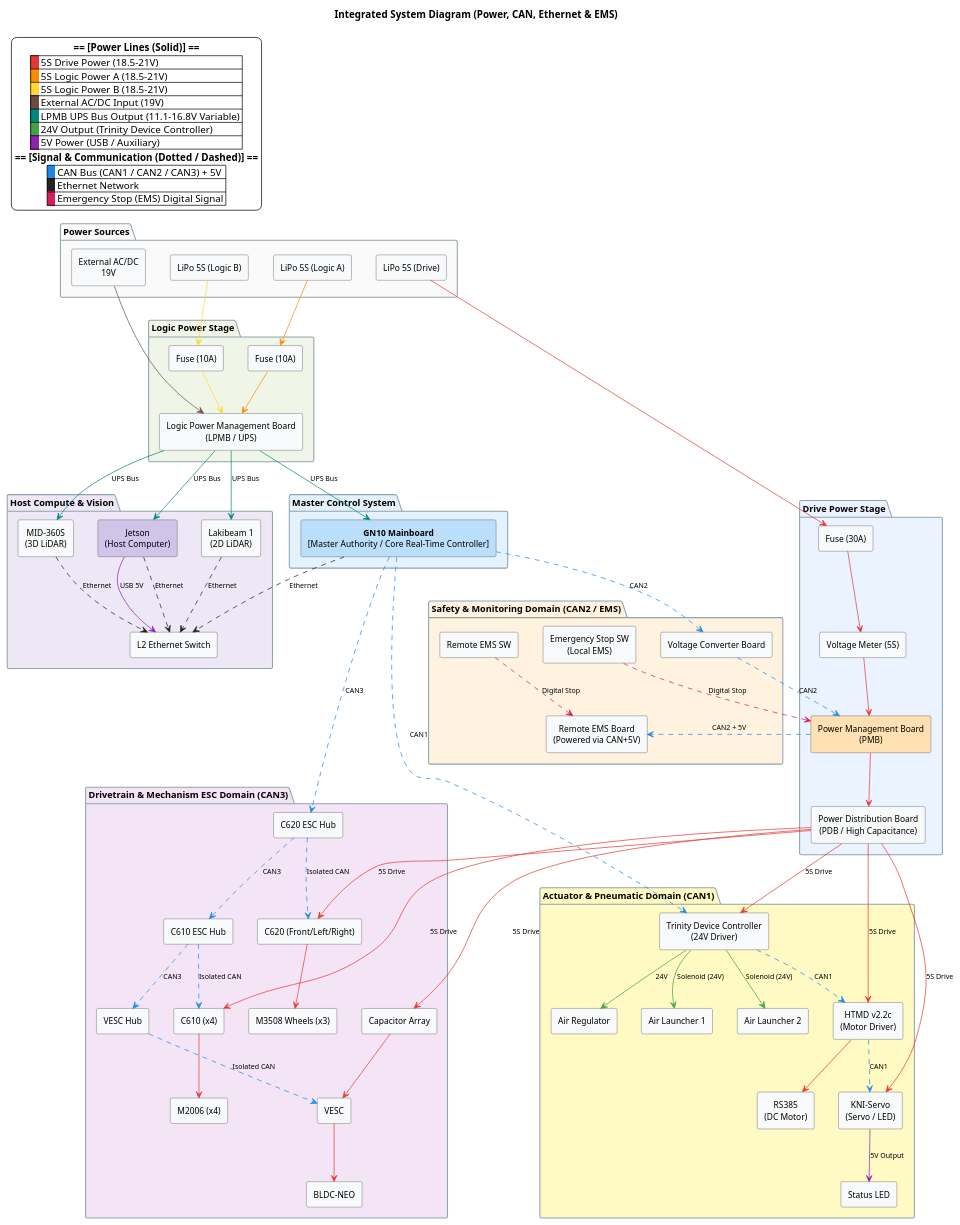
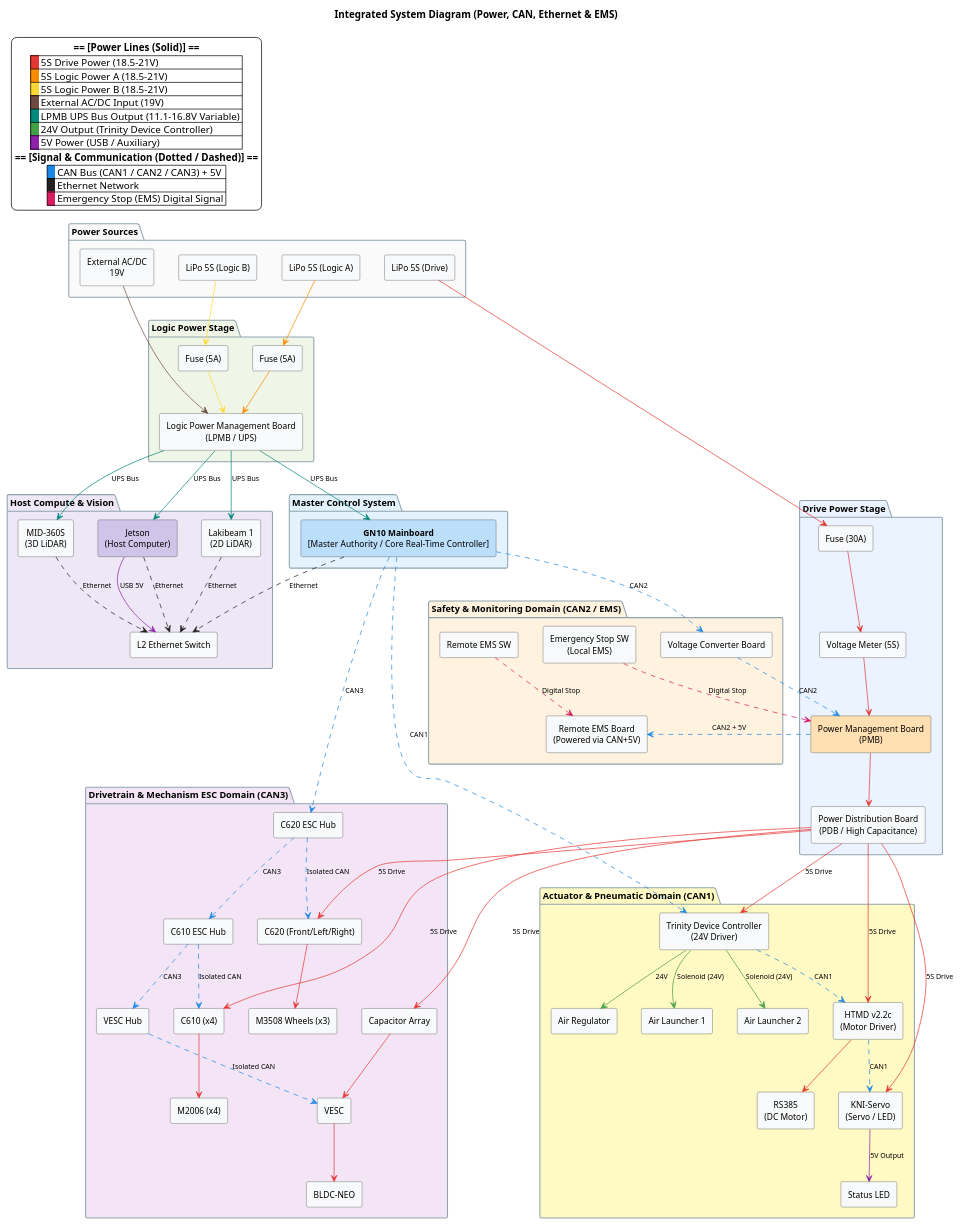
Before and after one commit to tmcit-ararobo-2026a/system-design: the diagram in wireing/wireing_diagram.pu, drawn with PlantUML. The commit also changed 1 other file, not shown here.

Commit message:
docs: update Fuse

```diff
--- a/wireing/wireing_diagram.pu
+++ b/wireing/wireing_diagram.pu
@@ -1,195 +1,195 @@
 @startuml wireing diagram
 
 title Integrated System Diagram (Power, CAN, Ethernet & EMS)
 
 skinparam componentStyle rectangle
 skinparam backgroundColor #FFFFFF
 skinparam defaultTextAlignment center
 skinparam shadowing false
 scale max 4960*3508
 
 skinparam component {
   BackgroundColor #F8F9FA
   BorderColor #444444
   FontSize 12
 }
 
 skinparam package {
   BackgroundColor #FAFAFA
   BorderColor #90A4AE
   FontSize 13
   FontStyle bold
 }
 
 skinparam ArrowFontSize 10
 
 legend top left
   <b>== [Power Lines (Solid)] ==</b>
   |<back:#E53935>   </back> 5S Drive Power (18.5–21V) |
   |<back:#FB8C00>   </back> 5S Logic Power A (18.5–21V) |
   |<back:#FDD835>   </back> 5S Logic Power B (18.5–21V) |
   |<back:#6D4C41>   </back> External AC/DC Input (19V) |
   |<back:#00897B>   </back> LPMB UPS Bus Output (11.1–16.8V Variable) |
   |<back:#43A047>   </back> 24V Output (Trinity Device Controller) |
   |<back:#8E24AA>   </back> 5V Power (USB / Auxiliary) |
   <b>== [Signal & Communication (Dotted / Dashed)] ==</b>
   |<back:#1E88E5>   </back> CAN Bus (CAN1 / CAN2 / CAN3) + 5V |
   |<back:#212121>   </back> Ethernet Network |
   |<back:#D81B60>   </back> Emergency Stop (EMS) Digital Signal |
 endlegend
 
 ' ==========================================
 ' 1. Master Controller Layer (Top Authority)
 ' ==========================================
 package "Master Control System" #E3F2FD {
   component "**GN10 Mainboard**\n[Master Authority / Core Real-Time Controller]" as Mainboard #BBDEFB
 }
 
 ' ==========================================
 ' 2. Power Generation & Distribution Layers
 ' ==========================================
 package "Power Sources" {
   component "LiPo 5S (Drive)" as Lipo5S
   component "LiPo 5S (Logic A)" as Lipo5S1
   component "LiPo 5S (Logic B)" as Lipo5S2
   component "External AC/DC\n19V" as External_DC
 }
 
 package "Drive Power Stage" #EAF3FF {
   component "Fuse (30A)" as Fuse30A
   component "Voltage Meter (5S)" as VMeter5S
   component "Power Management Board\n(PMB)" as PMB #FFE0B2
   component "Power Distribution Board\n(PDB / High Capacitance)" as PDB
 }
 
 package "Logic Power Stage" #F0F6E7 {
-  component "Fuse (10A)" as Fuse10A1
-  component "Fuse (10A)" as Fuse10A2
+  component "Fuse (5A)" as Fuse5A1
+  component "Fuse (5A)" as Fuse5A2
   component "Logic Power Management Board\n(LPMB / UPS)" as LPMB
 }
 
 ' Power Flow: Drive
 Lipo5S -[#E53935]-> Fuse30A
 Fuse30A -[#E53935]-> VMeter5S
 VMeter5S -[#E53935]-> PMB
 PMB -[#E53935]-> PDB
 
 ' Power Flow: Logic
-Lipo5S1 -[#FB8C00]-> Fuse10A1
-Fuse10A1 -[#FB8C00]-> LPMB
-Lipo5S2 -[#FDD835]-> Fuse10A2
-Fuse10A2 -[#FDD835]-> LPMB
+Lipo5S1 -[#FB8C00]-> Fuse5A1
+Fuse5A1 -[#FB8C00]-> LPMB
+Lipo5S2 -[#FDD835]-> Fuse5A2
+Fuse5A2 -[#FDD835]-> LPMB
 External_DC -[#6D4C41]-> LPMB
 
 ' ==========================================
 ' 3. High-Level Compute & Network
 ' ==========================================
 package "Host Compute & Vision" #EDE7F6 {
   component "Jetson\n(Host Computer)" as Jetson #D1C4E9
   component "L2 Ethernet Switch" as L2SW
   component "MID-360S\n(3D LiDAR)" as MID360S
   component "Lakibeam 1\n(2D LiDAR)" as Lakibeam1
 }
 
 ' Power Flow: LPMB to Compute & Sensors
 LPMB -[#00897B]-> Mainboard : UPS Bus
 LPMB -[#00897B]-> Jetson : UPS Bus
 LPMB -[#00897B]-> MID360S : UPS Bus
 LPMB -[#00897B]-> Lakibeam1 : UPS Bus
 Jetson -[#8E24AA]-> L2SW : USB 5V
 
 ' Ethernet Topology
 Mainboard .[#212121].> L2SW : Ethernet
 Jetson .[#212121].> L2SW : Ethernet
 MID360S .[#212121].> L2SW : Ethernet
 Lakibeam1 .[#212121].> L2SW : Ethernet
 
 ' ==========================================
 ' 4. Safety & Power Domain (CAN2 / EMS)
 ' ==========================================
 package "Safety & Monitoring Domain (CAN2 / EMS)" #FFF3E0 {
   component "Voltage Converter Board" as VConv
   component "Remote EMS Board\n(Powered via CAN+5V)" as RemoteEMSBoard
   component "Emergency Stop SW\n(Local EMS)" as EMS_SW
   component "Remote EMS SW" as RemoteEMS_SW
 }
 
 ' CAN2 Chain
 Mainboard .[#1E88E5].> VConv : CAN2
 VConv .[#1E88E5].> PMB : CAN2
 PMB .[#1E88E5].> RemoteEMSBoard : CAN2 + 5V
 
 ' EMS Safety Signals
 EMS_SW .[#D81B60].> PMB : Digital Stop
 RemoteEMS_SW .[#D81B60].> RemoteEMSBoard : Digital Stop
 
 ' ==========================================
 ' 5. Actuator, IO & Pneumatics (CAN1)
 ' ==========================================
 package "Actuator & Pneumatic Domain (CAN1)" #FFF9C4 {
   component "Trinity Device Controller\n(24V Driver)" as Trinity24V
   component "HTMD v2.2c\n(Motor Driver)" as HTMD
   component "RS385\n(DC Motor)" as RS385
   component "KNI-Servo\n(Servo / LED)" as KNI_Servo
   component "Status LED" as LED
   component "Air Regulator" as AirReg
   component "Air Launcher 1" as Air_Desk1
   component "Air Launcher 2" as Air_Desk2
 }
 
 ' Power Feeds from PDB
 PDB -[#E53935]-> Trinity24V : 5S Drive
 PDB -[#E53935]-> HTMD : 5S Drive
 PDB -[#E53935]-> KNI_Servo : 5S Drive
 
 ' Actuator Power Lines
 HTMD -[#E53935]-> RS385
 KNI_Servo -[#8E24AA]-> LED : 5V Output
 Trinity24V -[#43A047]-> Air_Desk1 : Solenoid (24V)
 Trinity24V -[#43A047]-> Air_Desk2 : Solenoid (24V)
 Trinity24V -[#43A047]-> AirReg : 24V
 
 ' CAN1 Bus Routing
 Mainboard .[#1E88E5].> Trinity24V : CAN1
 Trinity24V .[#1E88E5].> HTMD : CAN1
 HTMD .[#1E88E5].> KNI_Servo : CAN1
 
 ' ==========================================
 ' 6. Drivetrain & Launcher ESCs (CAN3)
 ' ==========================================
 package "Drivetrain & Mechanism ESC Domain (CAN3)" #F3E5F5 {
   component "C620 ESC Hub" as C620Hub
   component "C610 ESC Hub" as C610Hub
   component "VESC Hub" as VESCHub
 
   component "C620 (Front/Left/Right)" as C620_Group
   component "M3508 Wheels (x3)" as Wheel_Group
   component "C610 (x4)" as C610
   component "M2006 (x4)" as M2006
   component "Capacitor Array" as C_Arr2
   component "VESC" as VESC
   component "BLDC-NEO" as BLDC_NEO
 }
 
 ' CAN3 Master Daisy-Chain
 Mainboard .[#1E88E5].> C620Hub : CAN3
 C620Hub .[#1E88E5].> C610Hub : CAN3
 C610Hub .[#1E88E5].> VESCHub : CAN3
 
 ' Isolated Sub-tier CAN
 C620Hub .[#1E88E5].> C620_Group : Isolated CAN
 C610Hub .[#1E88E5].> C610 : Isolated CAN
 VESCHub .[#1E88E5].> VESC : Isolated CAN
 
 ' Power & Motor Drive
 PDB -[#E53935]-> C620_Group : 5S Drive
 C620_Group -[#E53935]-> Wheel_Group
 
 PDB -[#E53935]-> C610 : 5S Drive
 C610 -[#E53935]-> M2006
 
 PDB -[#E53935]-> C_Arr2 : 5S Drive
 C_Arr2 -[#E53935]-> VESC
 VESC -[#E53935]-> BLDC_NEO
 
 @enduml
```
